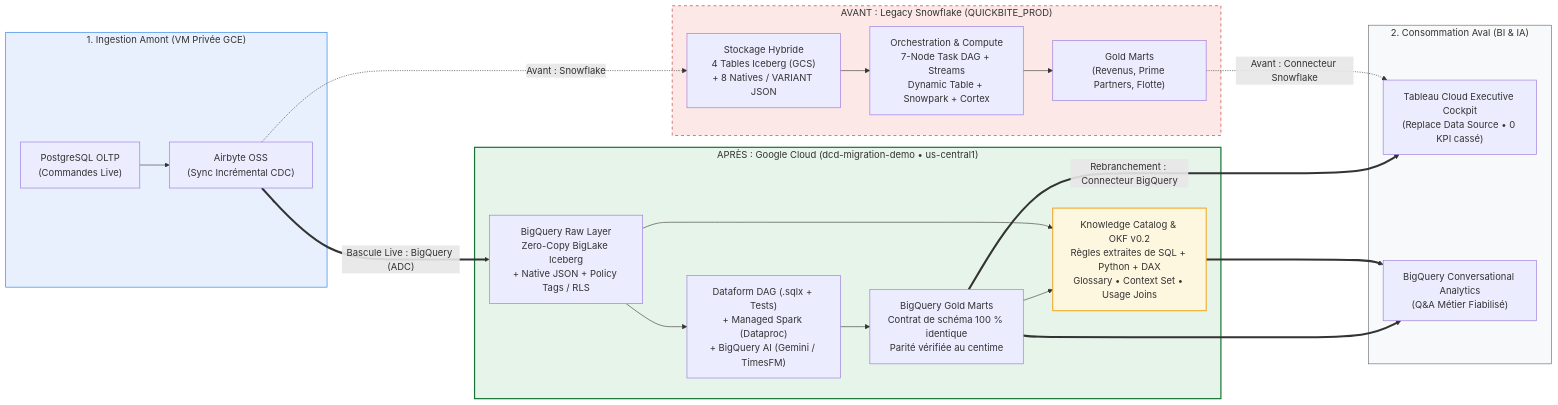
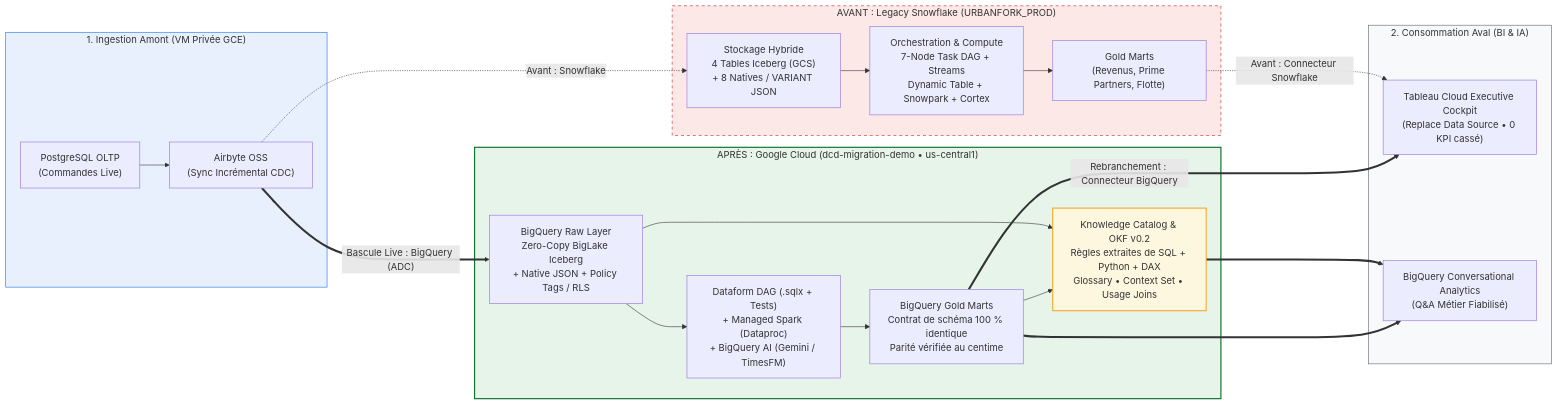
The diagram in docs/BRIEF_DEMO_ET_SLIDES_JOHAN.md (lvaracca/dcd-agentic-data-migration), drawn with Mermaid before and after one commit. The commit also changed other lines of this file and 77 other files, not shown here.

Commit message:
refactor: full end-to-end rebrand from QuickBite to UrbanFork (code, docs, Snowflake URBANFORK_PROD, BigQuery urbanfork_*, Dataform, Airbyte, BI)

````diff
--- a/docs/BRIEF_DEMO_ET_SLIDES_JOHAN.md
+++ b/docs/BRIEF_DEMO_ET_SLIDES_JOHAN.md
@@ -29,41 +29,41 @@
 ```mermaid
 flowchart LR
     subgraph UP["1. Ingestion Amont (VM Privée GCE)"]
         PG["PostgreSQL OLTP<br/>(Commandes Live)"]
         AB["Airbyte OSS<br/>(Sync Incrémental CDC)"]
         PG --> AB
     end
 
-    subgraph LEGACY["AVANT : Legacy Snowflake (QUICKBITE_PROD)"]
+    subgraph LEGACY["AVANT : Legacy Snowflake (URBANFORK_PROD)"]
         SF_RAW["Stockage Hybride<br/>4 Tables Iceberg (GCS)<br/>+ 8 Natives / VARIANT JSON"]
         SF_ORCH["Orchestration & Compute<br/>7-Node Task DAG + Streams<br/>Dynamic Table + Snowpark + Cortex"]
         SF_MART["Gold Marts<br/>(Revenus, Prime Partners, Flotte)"]
         SF_RAW --> SF_ORCH --> SF_MART
     end
 
     subgraph GCP["APRÈS : Google Cloud (dcd-migration-demo • us-central1)"]
         BQ_RAW["BigQuery Raw Layer<br/>Zero-Copy BigLake Iceberg<br/>+ Native JSON + Policy Tags / RLS"]
         BQ_ORCH["Dataform DAG (.sqlx + Tests)<br/>+ Managed Spark (Dataproc)<br/>+ BigQuery AI (Gemini / TimesFM)"]
         BQ_MART["BigQuery Gold Marts<br/>Contrat de schéma 100 % identique<br/>Parité vérifiée au centime"]
         KC["Knowledge Catalog & OKF v0.2<br/>Règles extraites de SQL + Python + DAX<br/>Glossary • Context Set • Usage Joins"]
         BQ_RAW --> BQ_ORCH --> BQ_MART
         BQ_RAW & BQ_MART --> KC
     end
 
     subgraph DOWN["2. Consommation Aval (BI & IA)"]
         BI["Tableau Cloud Executive Cockpit<br/>(Replace Data Source • 0 KPI cassé)"]
         CA["BigQuery Conversational Analytics<br/>(Q&A Métier Fiabilisé)"]
     end
 
     AB -. "Avant : Snowflake" .-> SF_RAW
     AB == "Bascule Live : BigQuery (ADC)" ==> BQ_RAW
     SF_MART -. "Avant : Connecteur Snowflake" .-> BI
     BQ_MART == "Rebranchement : Connecteur BigQuery" ==> BI
     KC & BQ_MART ==> CA
 
     style LEGACY fill:#fce8e6,stroke:#c5221f,stroke-dasharray: 5 5
     style GCP fill:#e6f4ea,stroke:#137333,stroke-width:2px
     style KC fill:#fef7e0,stroke:#f29900,stroke-width:1.5px
     style UP fill:#e8f0fe,stroke:#1a73e8
     style DOWN fill:#f8f9fa,stroke:#5f6368
 ```
````
